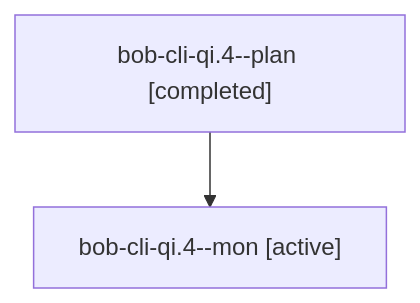
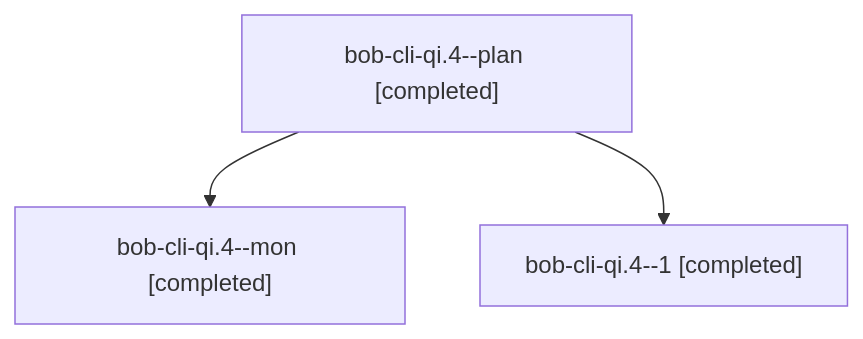
The diagram in sessions/bbugyi200.athena.bob-cli-qi.4.md (bobs-org/bob-cli--agents), drawn with Mermaid before and after one commit. The commit also changed other lines of this file and 41 other files, not shown here.

````diff
--- a/sessions/bbugyi200.athena.bob-cli-qi.4.md
+++ b/sessions/bbugyi200.athena.bob-cli-qi.4.md
@@ -9,6 +9,8 @@
 ```mermaid
 flowchart TD
   n0["bob-cli-qi.4--plan [completed]"]
-  n1["bob-cli-qi.4--mon [active]"]
+  n1["bob-cli-qi.4--mon [completed]"]
   n0 --> n1
+  n2["bob-cli-qi.4--1 [completed]"]
+  n0 --> n2
 ```
````
